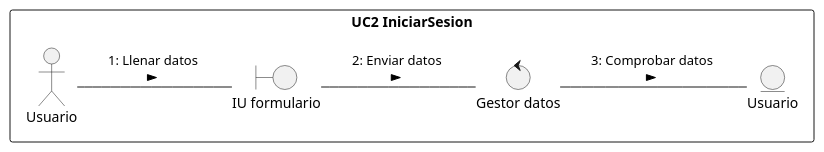
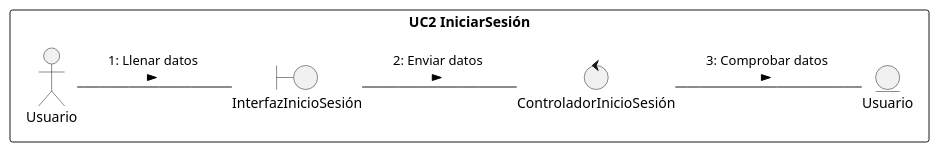
The diagram in docs/scenariosView/diagramas-de-colaboracion/DC2.plantuml (RolandoU548/Plataforma-Digital-IS), drawn with PlantUML before and after one commit. The commit also changed 15 other files, not shown here.

Commit message:
diagrama colaboracion

```diff
--- a/docs/scenariosView/diagramas-de-colaboracion/DC2.plantuml
+++ b/docs/scenariosView/diagramas-de-colaboracion/DC2.plantuml
@@ -1,30 +1,30 @@
-@startuml r11
+@startuml DC2
 /'
     Crear el diagrama de clases de análisis y de colaboración de los casos de uso prioritarios del proyecto.
 
     Para conseguir el diagrama de clases seguir los siguientes pasos:
 
     1. Identificar las clases Entidad (Modelo)
     2. Identificar las clases Interfaz (Vista)
     3. Identificar las clases Control (Controlador)
     4. Identificar las relaciones entre estas clases
     
     Este diagrama debe ser específico de un caso de uso y las clases deben ser representadas con sus estereotipos.
     
     Para conseguir el diagrama de colaboración, identifique las relaciones (enlaces) entre los objetos y los requerimientos (mensajes) sobre cada objeto involucrado en la descripción del caso de uso.
 '/
 left to right direction
 
-rectangle "UC2 IniciarSesion"{
+rectangle "UC2 IniciarSesión"{
     actor Usuario 
     entity Usuario as e1
-    boundary "IU formulario" as i1
-    control "Gestor datos" as c1
+    boundary "InterfazInicioSesión" as i1
+    control "ControladorInicioSesión" as c1
 }
 Usuario -- i1 : "1: Llenar datos \n >"
 i1 -- c1 : "2: Enviar datos \n >"
 c1 -- e1 : "3: Comprobar datos \n >"
 
 
 
 @enduml
```
